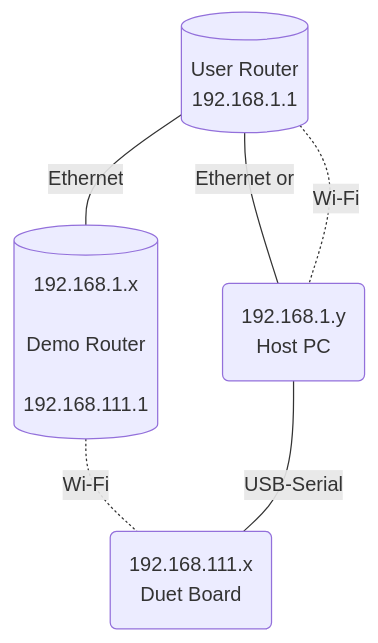
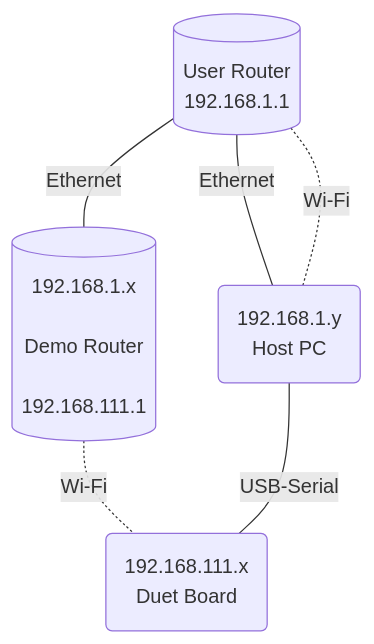
One commit to Duet3D/MQTT-WPA2-Enterprise-Demo changed the diagram in README.md. Above: the diagram before and after it, drawn with Mermaid. The commit also changed other lines of this file, not shown here.

Commit message:
Refine host pc user network connection description

````diff
--- a/README.md
+++ b/README.md
@@ -21,8 +21,8 @@
 ```mermaid
 graph TD
  user[(<center>User Router<br>192.168.1.1</center>)]---|Ethernet|demo[(<center>192.168.1.x<br><br>Demo Router<br><br>192.168.111.1</center>)]
  demo-.-|Wi-Fi|duet(<center>192.168.111.x<br>Duet Board</center>)
- user---|Ethernet or|pc(<center>192.168.1.y<br>Host PC</center>)
+ user---|Ethernet|pc(<center>192.168.1.y<br>Host PC</center>)
  user-.-|Wi-Fi|pc
  pc---|USB-Serial|duet
 ```
````
